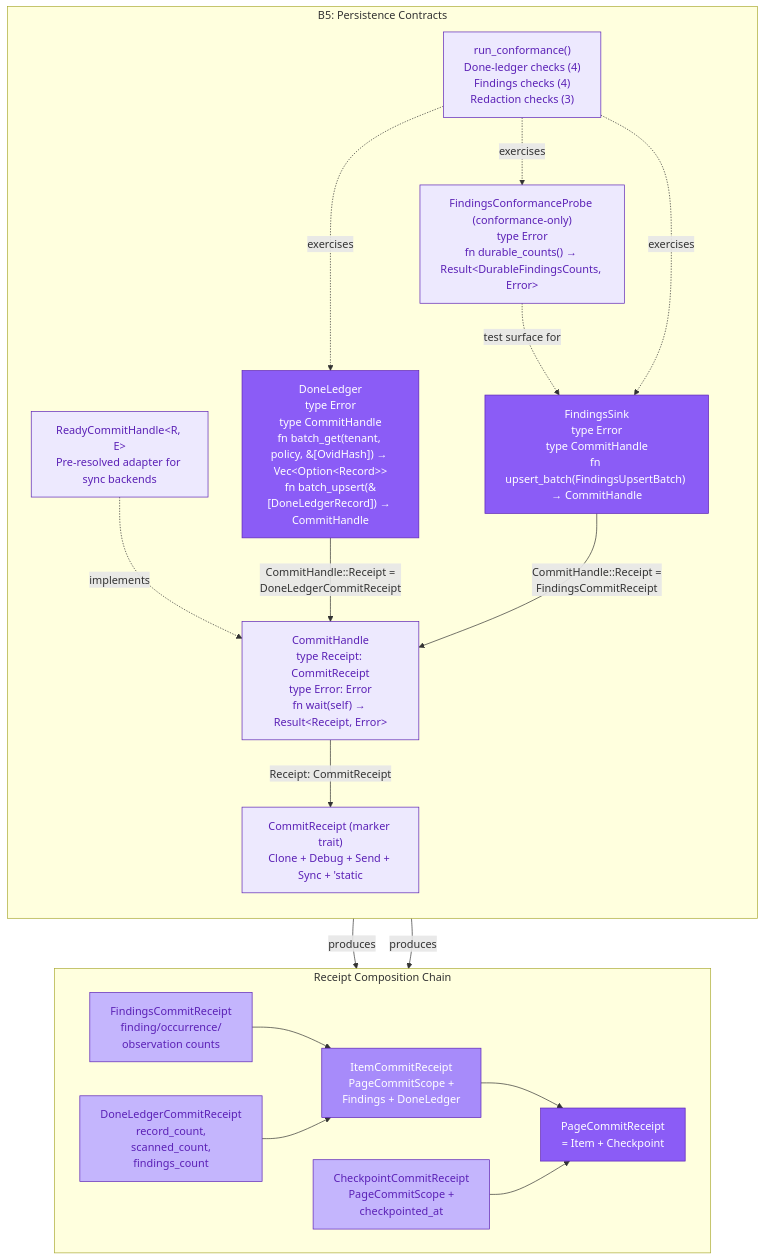
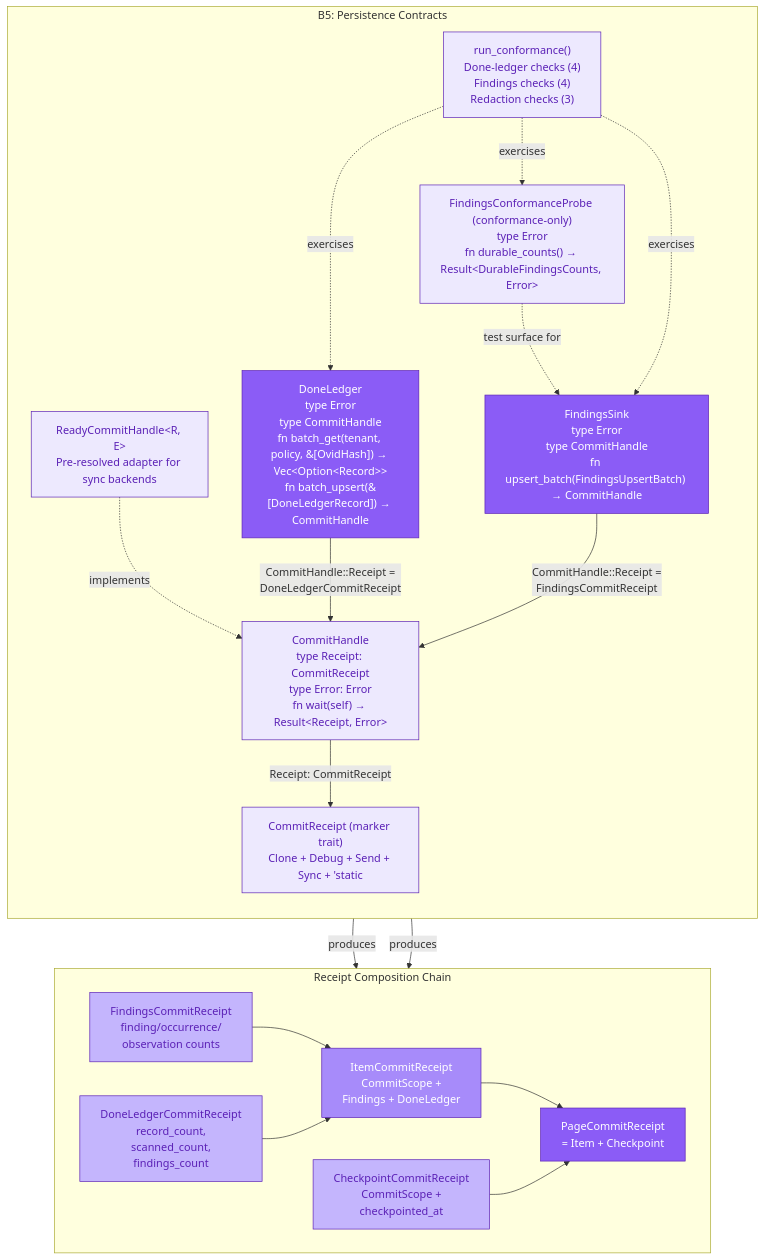
Before and after one commit to ahrav/Gossip-rs: the first of 6 diagrams in diagrams/19-persistence-contracts.md, drawn with Mermaid. The commit also changed other lines of this file and 9 other files, not shown here.

First line of the commit message:
Refactor: Rename PageCommitScope to CommitScope

````diff
--- a/diagrams/19-persistence-contracts.md
+++ b/diagrams/19-persistence-contracts.md
@@ -47,58 +47,58 @@
 ```mermaid
 %% Diagram: persistence-trait-hierarchy
 graph TB
     subgraph traits ["B5: Persistence Contracts"]
         direction TB
 
         CR["CommitReceipt (marker trait)<br/>Clone + Debug + Send + Sync + 'static"]
         CH["CommitHandle<br/>type Receipt: CommitReceipt<br/>type Error: Error<br/>fn wait(self) → Result&lt;Receipt, Error&gt;"]
         RCH["ReadyCommitHandle&lt;R, E&gt;<br/>Pre-resolved adapter for sync backends"]
 
         DL["DoneLedger<br/>type Error<br/>type CommitHandle<br/>fn batch_get(tenant, policy, &amp;[OvidHash]) → Vec&lt;Option&lt;Record&gt;&gt;<br/>fn batch_upsert(&amp;[DoneLedgerRecord]) → CommitHandle"]
         FS["FindingsSink<br/>type Error<br/>type CommitHandle<br/>fn upsert_batch(FindingsUpsertBatch) → CommitHandle"]
         FCP["FindingsConformanceProbe (conformance-only)<br/>type Error<br/>fn durable_counts() → Result&lt;DurableFindingsCounts, Error&gt;"]
 
         CONF["run_conformance()<br/>Done-ledger checks (4)<br/>Findings checks (4)<br/>Redaction checks (3)"]
 
         CH -->|"Receipt: CommitReceipt"| CR
         RCH -.->|"implements"| CH
         DL -->|"CommitHandle::Receipt =<br/>DoneLedgerCommitReceipt"| CH
         FS -->|"CommitHandle::Receipt =<br/>FindingsCommitReceipt"| CH
         FCP -.->|"test surface for"| FS
         CONF -.->|"exercises"| DL
         CONF -.->|"exercises"| FS
         CONF -.->|"exercises"| FCP
     end
 
     subgraph receipts ["Receipt Composition Chain"]
         direction LR
 
         FCR["FindingsCommitReceipt<br/>finding/occurrence/<br/>observation counts"]
         DLCR["DoneLedgerCommitReceipt<br/>record_count,<br/>scanned_count,<br/>findings_count"]
-        CCR["CheckpointCommitReceipt<br/>PageCommitScope +<br/>checkpointed_at"]
-        ICR["ItemCommitReceipt<br/>PageCommitScope +<br/>Findings + DoneLedger"]
+        CCR["CheckpointCommitReceipt<br/>CommitScope +<br/>checkpointed_at"]
+        ICR["ItemCommitReceipt<br/>CommitScope +<br/>Findings + DoneLedger"]
         PCR["PageCommitReceipt<br/>= Item + Checkpoint"]
 
         FCR --> ICR
         DLCR --> ICR
         ICR --> PCR
         CCR --> PCR
     end
 
     FS -->|"produces"| FCR
     DL -->|"produces"| DLCR
 
     style CR fill:#EDE9FE,stroke:#5B21B6,color:#5B21B6
     style CH fill:#EDE9FE,stroke:#5B21B6,color:#5B21B6
     style RCH fill:#EDE9FE,stroke:#5B21B6,color:#5B21B6
     style DL fill:#8B5CF6,stroke:#5B21B6,color:#FFF
     style FS fill:#8B5CF6,stroke:#5B21B6,color:#FFF
     style FCP fill:#EDE9FE,stroke:#5B21B6,color:#5B21B6
     style CONF fill:#EDE9FE,stroke:#5B21B6,color:#5B21B6
 
     style FCR fill:#C4B5FD,stroke:#5B21B6,color:#5B21B6
     style DLCR fill:#C4B5FD,stroke:#5B21B6,color:#5B21B6
     style CCR fill:#C4B5FD,stroke:#5B21B6,color:#5B21B6
     style ICR fill:#A78BFA,stroke:#5B21B6,color:#FFF
     style PCR fill:#8B5CF6,stroke:#5B21B6,color:#FFF
 ```
````
